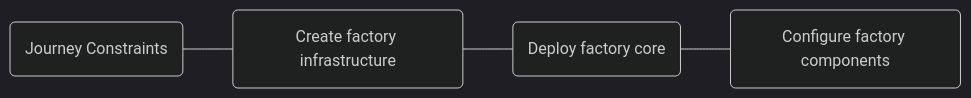
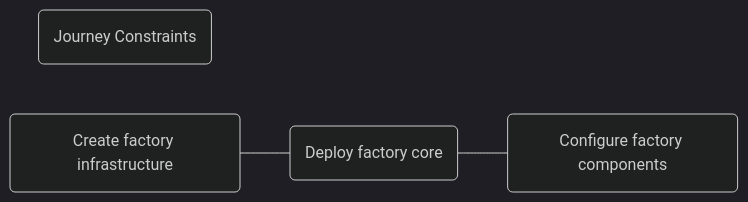
One commit to ContinuousEngineeringProject/ContinuousEngineeringProject.github.io changed the first of 3 diagrams in docs/factory_journeys.md. Above: the diagram before and after it, drawn with Mermaid (dark theme). The commit also changed other lines of this file, not shown here.

Commit message:
docs: unlink journey constraints from journey

````diff
--- a/docs/factory_journeys.md
+++ b/docs/factory_journeys.md
@@ -12,6 +12,6 @@
 ```mermaid
 flowchart LR
-    id1(Journey Constraints) --- id2(Create factory infrastructure)
-    id2 --- id3(Deploy factory core)
+    id1(Journey Constraints) 
+    id2(Create factory infrastructure) --- id3(Deploy factory core)
     id3 --- id4(Configure factory components)
 ```
````
